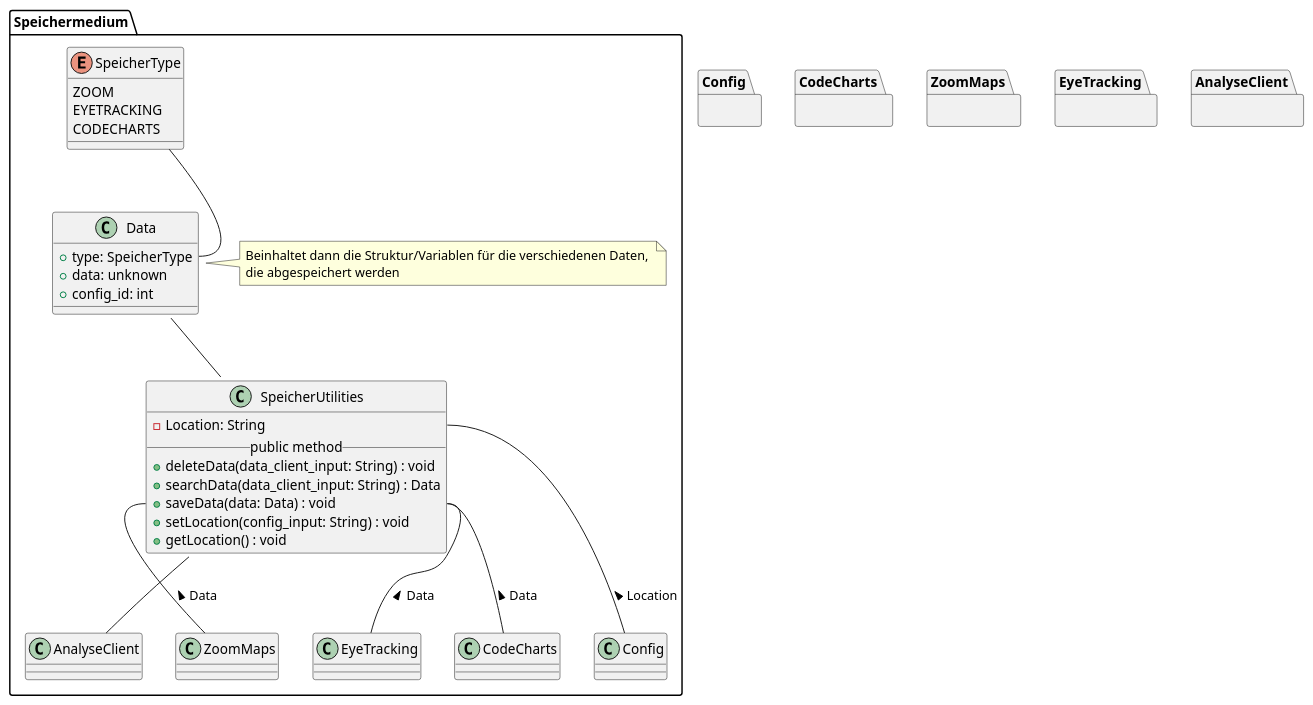
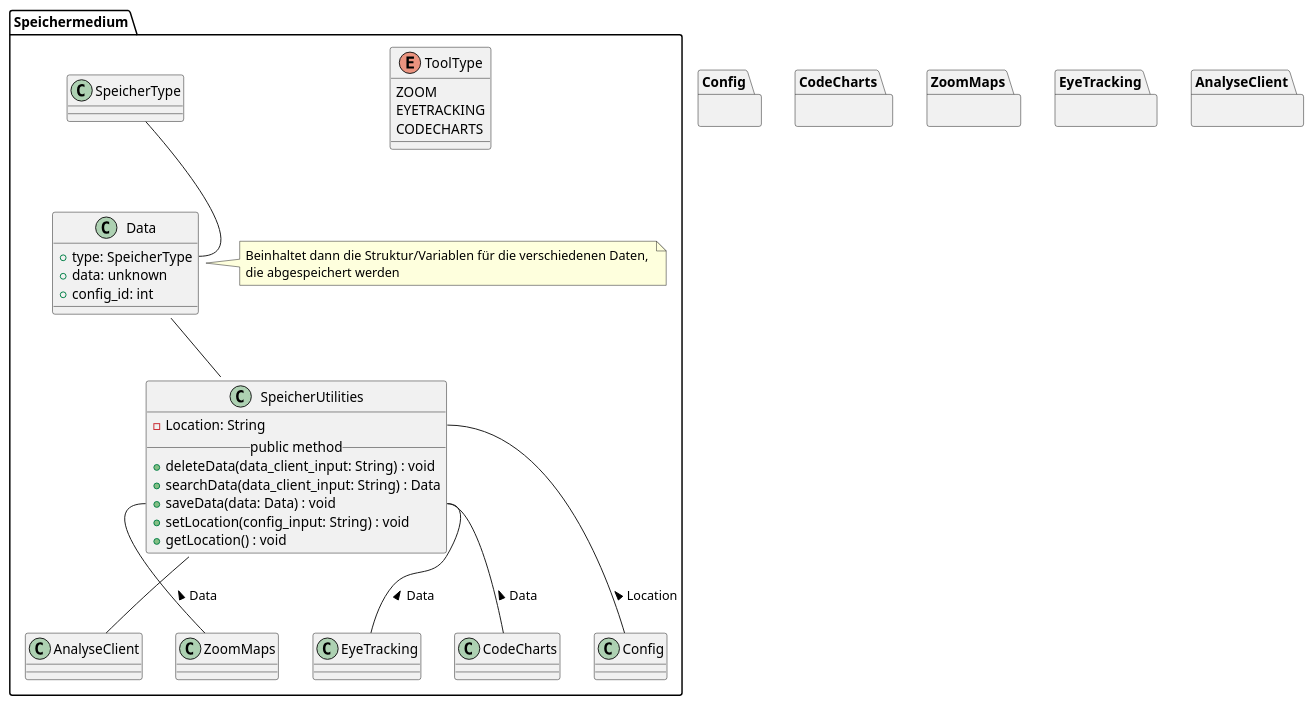
One commit to weichware10/meilensteine changed the diagram in meilenstein_03/uml-speichermedium/speichermedium.puml. Above: the diagram before and after it, drawn with PlantUML.

Commit message:
SpeicherType zu ToolType

```diff
--- a/meilenstein_03/uml-speichermedium/speichermedium.puml
+++ b/meilenstein_03/uml-speichermedium/speichermedium.puml
@@ -1,57 +1,57 @@
 @startuml speichermedium
 ' === Speichermedium ===
 package Speichermedium {
       ' SpeicherUtilities
       class SpeicherUtilities {
          - Location: String
          __public method__
          + deleteData(data_client_input: String) : void
          + searchData(data_client_input: String) : Data
          + saveData(data: Data) : void
          + setLocation(config_input: String) : void
          + getLocation() : void
      }
 
       class Data {
          + type: SpeicherType
          + data: unknown
          + config_id: int
       }
 
       note right of Data
          Beinhaltet dann die Struktur/Variablen für die verschiedenen Daten, 
          die abgespeichert werden
       end note
 
-      ' SpeicherType
-      enum SpeicherType {
+      ' ToolType
+      enum ToolType {
          ZOOM
          EYETRACKING
          CODECHARTS
       }
 
       ' Interaktionen
       SpeicherType -- Data::type
       Data -- SpeicherUtilities
 
      ' Andere Module
      SpeicherUtilities::Location -- Config : < Location
      SpeicherUtilities::saveData -- CodeCharts : < Data
      SpeicherUtilities::saveData -- ZoomMaps : < Data
      SpeicherUtilities::saveData -- EyeTracking : < Data
      SpeicherUtilities -- AnalyseClient
 }
 
 
 ' Blackboxen / Andere Module
  package Config {}
 
  package CodeCharts {}
 
  package ZoomMaps {}
 
  package EyeTracking {}
 
  package AnalyseClient {}
 
 @enduml
```
